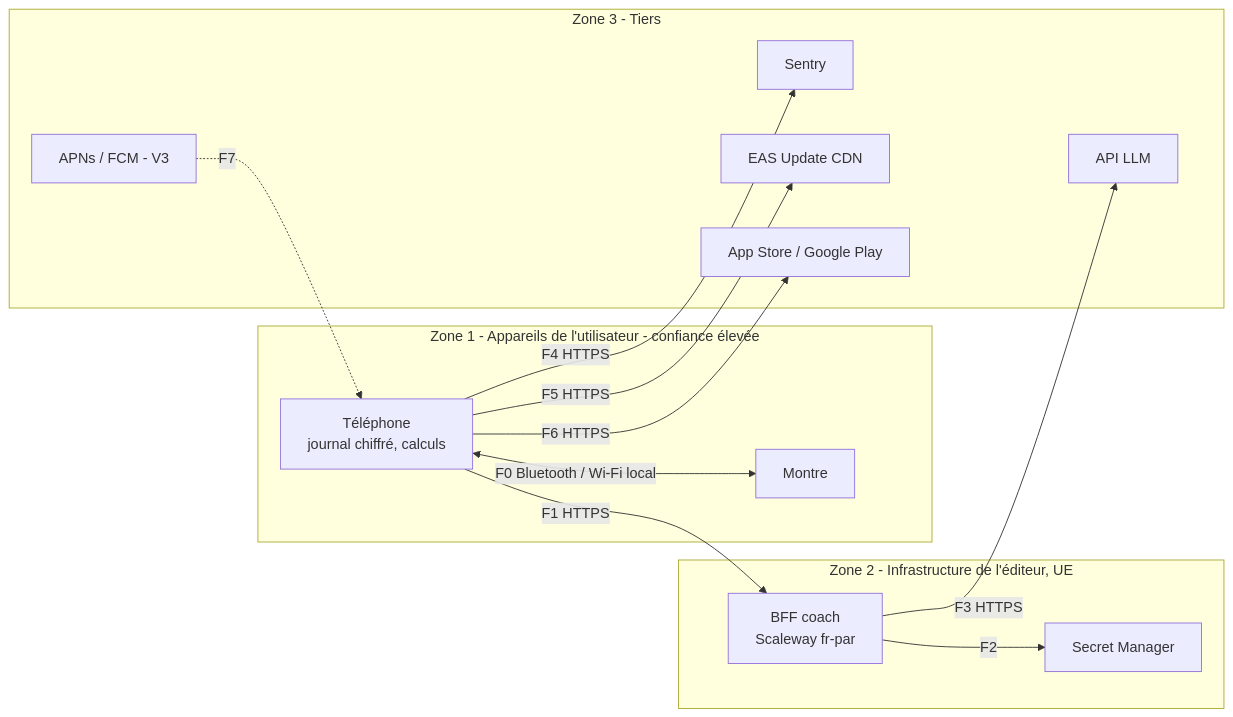
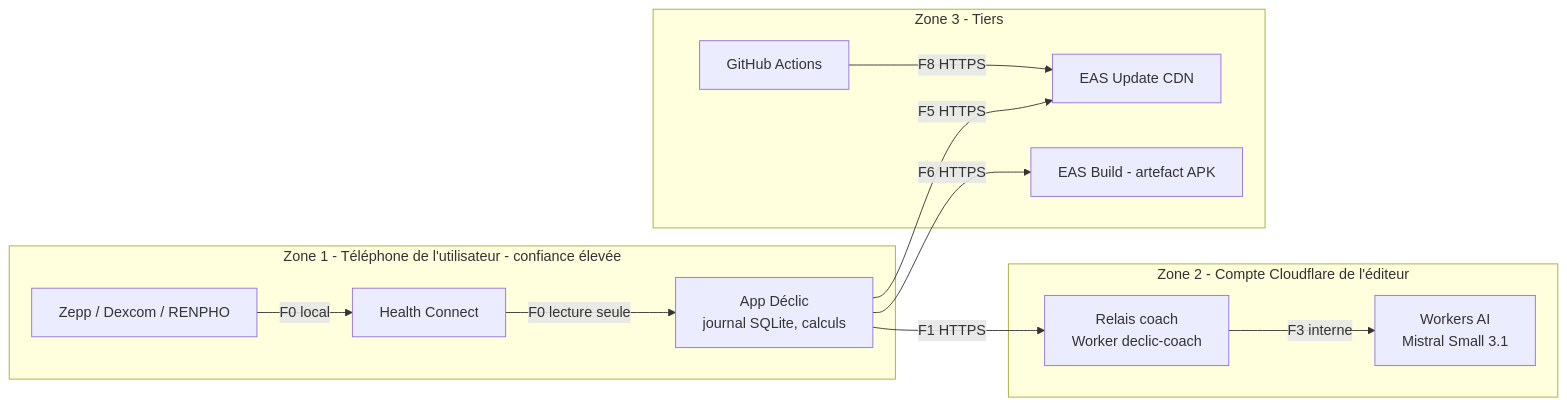
The diagram in docs/architecture/05-architecture-reseau.md (zdmooc/declic-quit-coach), drawn with Mermaid before and after one commit. The commit also changed other lines of this file and 11 other files, not shown here.

First line of the commit message:
docs(architecture): remise à niveau 01 à 07 sur le code, ADR-0005 et 0006, revue d'architecture (08)

````diff
--- a/docs/architecture/05-architecture-reseau.md
+++ b/docs/architecture/05-architecture-reseau.md
@@ -15,26 +17,23 @@
 ```mermaid
 flowchart LR
-  subgraph Z1[Zone 1 - Appareils de l'utilisateur - confiance élevée]
-    PHONE[Téléphone<br/>journal chiffré, calculs]
-    WATCH[Montre]
+  subgraph Z1[Zone 1 - Téléphone de l'utilisateur - confiance élevée]
+    PHONE[App Déclic<br/>journal SQLite, calculs]
+    HC[Health Connect]
+    ZEPP[Zepp / Dexcom / RENPHO]
   end
-  subgraph Z2[Zone 2 - Infrastructure de l'éditeur, UE]
-    BFF[BFF coach<br/>Scaleway fr-par]
-    SM[Secret Manager]
+  subgraph Z2[Zone 2 - Compte Cloudflare de l'éditeur]
+    RELAIS[Relais coach<br/>Worker declic-coach]
+    WAI[Workers AI<br/>Mistral Small 3.1]
   end
   subgraph Z3[Zone 3 - Tiers]
-    LLM[API LLM]
-    SENTRY[Sentry]
     EASU[EAS Update CDN]
-    STORES[App Store / Google Play]
-    PUSH[APNs / FCM - V3]
+    EASB[EAS Build - artefact APK]
+    GH[GitHub Actions]
   end
-  PHONE <-->|F0 Bluetooth / Wi-Fi local| WATCH
-  PHONE -->|F1 HTTPS| BFF
-  BFF -->|F2| SM
-  BFF -->|F3 HTTPS| LLM
-  PHONE -->|F4 HTTPS| SENTRY
+  ZEPP -->|F0 local| HC -->|F0 lecture seule| PHONE
+  PHONE -->|F1 HTTPS| RELAIS
+  RELAIS -->|F3 interne| WAI
   PHONE -->|F5 HTTPS| EASU
-  PHONE -->|F6 HTTPS| STORES
-  PUSH -.->|F7| PHONE
+  PHONE -->|F6 HTTPS| EASB
+  GH -->|F8 HTTPS| EASU
 ```
````
